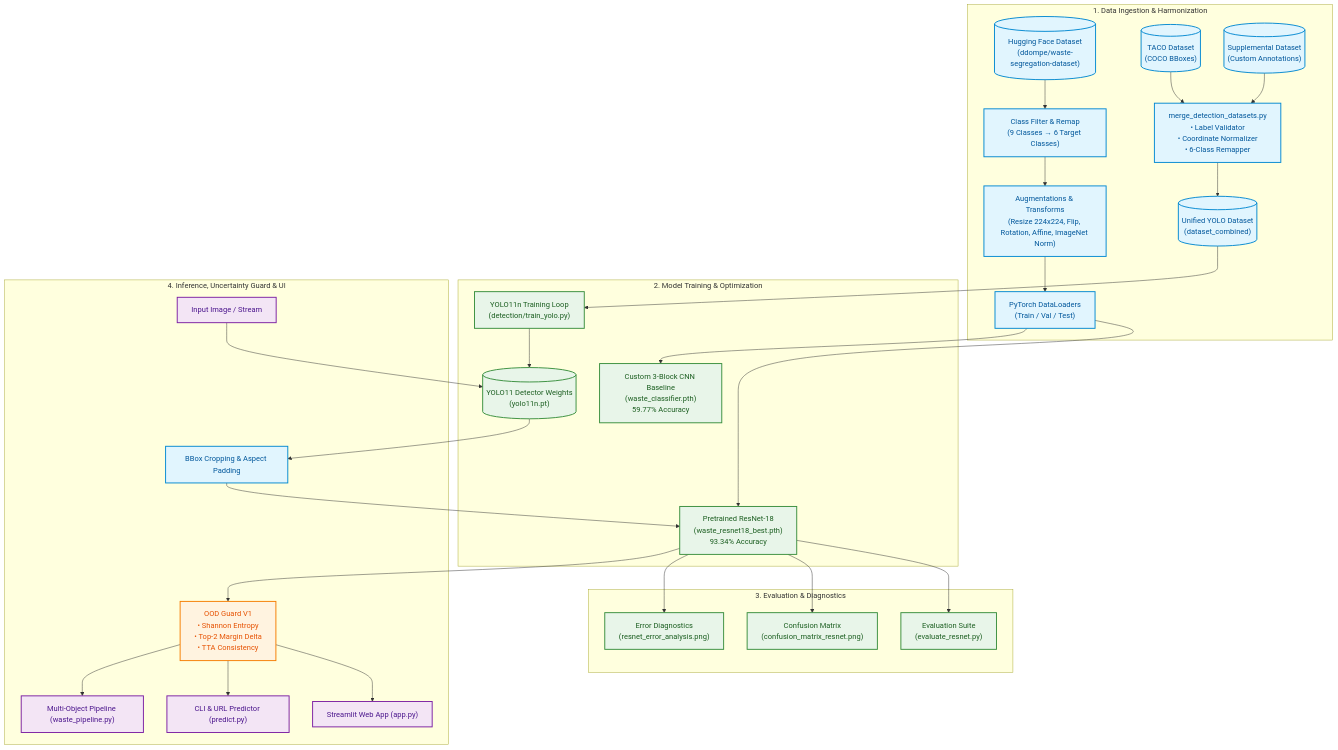
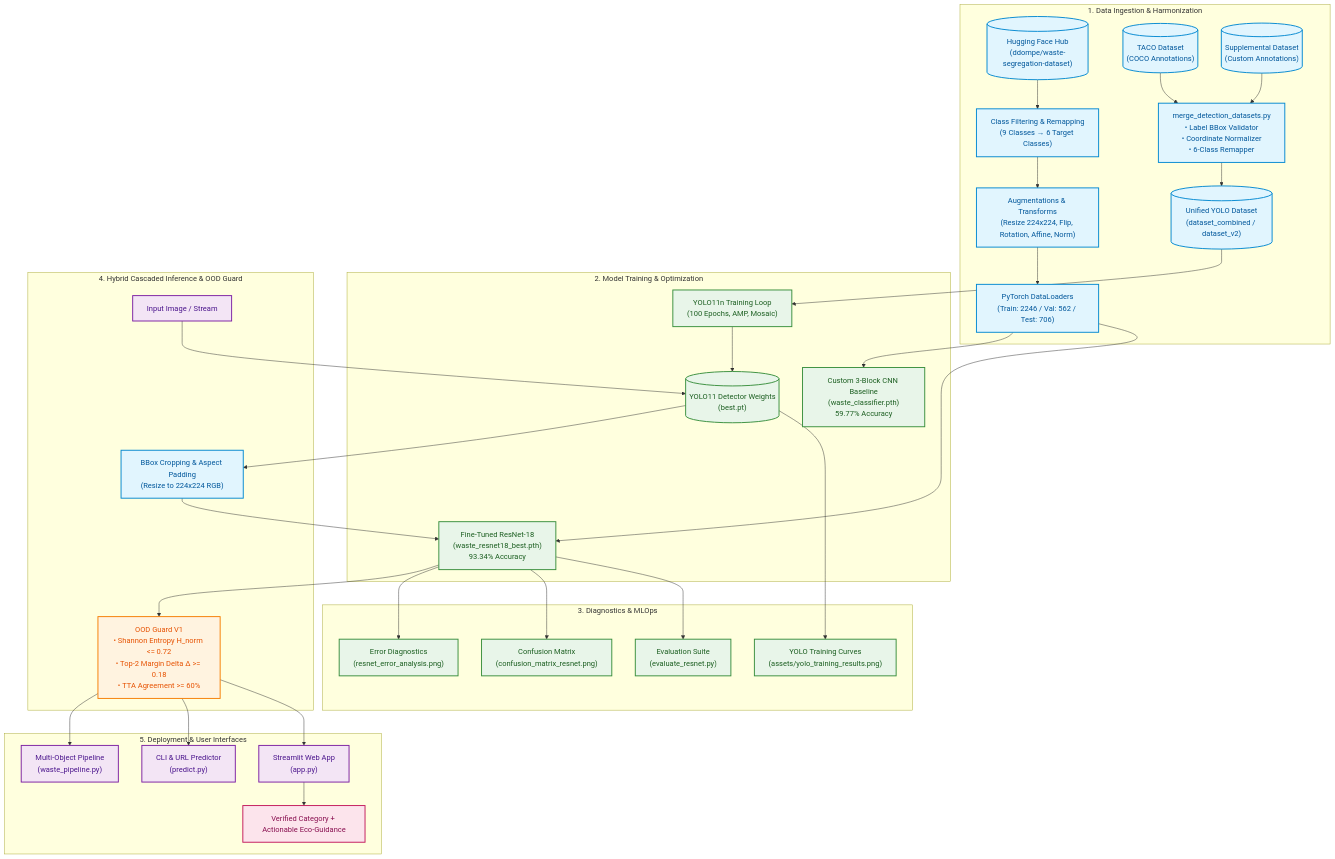
The first of 3 diagrams in README.md (Snigdha-0210/Smart_Waste_Classifier), drawn with Mermaid before and after one commit. The commit also changed other lines of this file and 22 other files, not shown here.

Commit message:
docs: overhaul README and ARCHITECTURE with Mermaid diagrams, visual asset showcase, and benchmark tables

````diff
--- a/README.md
+++ b/README.md
@@ -69,41 +93,47 @@
 ```mermaid
 flowchart TD
-    %% Global Styling
+    %% Styling definitions
     classDef data fill:#e1f5fe,stroke:#0288d1,stroke-width:2px,color:#01579b;
     classDef model fill:#e8f5e9,stroke:#388e3c,stroke-width:2px,color:#1b5e20;
     classDef guard fill:#fff3e0,stroke:#f57c00,stroke-width:2px,color:#e65100;
     classDef ui fill:#f3e5f5,stroke:#7b1fa2,stroke-width:2px,color:#4a148c;
+    classDef output fill:#fce4ec,stroke:#c2185b,stroke-width:2px,color:#880e4f;
 
     subgraph DataPipeline["1. Data Ingestion & Harmonization"]
-        HF[("Hugging Face Dataset\n(ddompe/waste-segregation-dataset)")]:::data --> Filter["Class Filter & Remap\n(9 Classes → 6 Target Classes)"]:::data
-        Filter --> Augment["Augmentations & Transforms\n(Resize 224x224, Flip, Rotation, Affine, ImageNet Norm)"]:::data
-        Augment --> Loaders["PyTorch DataLoaders\n(Train / Val / Test)"]:::data
+        HF[("Hugging Face Hub\n(ddompe/waste-segregation-dataset)")]:::data --> Filter["Class Filtering & Remapping\n(9 Classes → 6 Target Classes)"]:::data
+        Filter --> Augment["Augmentations & Transforms\n(Resize 224x224, Flip, Rotation, Affine, Norm)"]:::data
+        Augment --> Loaders["PyTorch DataLoaders\n(Train: 2246 / Val: 562 / Test: 706)"]:::data
         
-        TACO[("TACO Dataset\n(COCO BBoxes)")]:::data --> Merger["merge_detection_datasets.py\n• Label Validator\n• Coordinate Normalizer\n• 6-Class Remapper"]:::data
+        TACO[("TACO Dataset\n(COCO Annotations)")]:::data --> Merger["merge_detection_datasets.py\n• Label BBox Validator\n• Coordinate Normalizer\n• 6-Class Remapper"]:::data
         SUPP[("Supplemental Dataset\n(Custom Annotations)")]:::data --> Merger
-        Merger --> YOLOData[("Unified YOLO Dataset\n(dataset_combined)")]:::data
+        Merger --> YOLOData[("Unified YOLO Dataset\n(dataset_combined / dataset_v2)")]:::data
     end
 
     subgraph Modeling["2. Model Training & Optimization"]
-        Loaders --> ResNet["Pretrained ResNet-18\n(waste_resnet18_best.pth)\n93.34% Accuracy"]:::model
+        Loaders --> ResNet["Fine-Tuned ResNet-18\n(waste_resnet18_best.pth)\n93.34% Accuracy"]:::model
         Loaders --> BaseCNN["Custom 3-Block CNN Baseline\n(waste_classifier.pth)\n59.77% Accuracy"]:::model
-        YOLOData --> YOLOTrain["YOLO11n Training Loop\n(detection/train_yolo.py)"]:::model
-        YOLOTrain --> YOLOBest[("YOLO11 Detector Weights\n(yolo11n.pt)")]:::model
+        YOLOData --> YOLOTrain["YOLO11n Training Loop\n(100 Epochs, AMP, Mosaic)"]:::model
+        YOLOTrain --> YOLOBest[("YOLO11 Detector Weights\n(best.pt)")]:::model
     end
 
-    subgraph Evaluation["3. Evaluation & Diagnostics"]
+    subgraph Diagnostics["3. Diagnostics & MLOps"]
         ResNet --> EvalSuite["Evaluation Suite\n(evaluate_resnet.py)"]:::model
         ResNet --> Confusion["Confusion Matrix\n(confusion_matrix_resnet.png)"]:::model
         ResNet --> ErrorAnalysis["Error Diagnostics\n(resnet_error_analysis.png)"]:::model
+        YOLOBest --> YOLOMetrics["YOLO Training Curves\n(assets/yolo_training_results.png)"]:::model
     end
 
-    subgraph Deployment["4. Inference, Uncertainty Guard & UI"]
+    subgraph InferenceCascade["4. Hybrid Cascaded Inference & OOD Guard"]
         InputImg["Input Image / Stream"]:::ui --> YOLOBest
-        YOLOBest --> Crop["BBox Cropping & Aspect Padding"]:::data
-        Crop --> ResNet
-        ResNet --> OOD["OOD Guard V1\n• Shannon Entropy\n• Top-2 Margin Delta\n• TTA Consistency"]:::guard
-        OOD --> StreamlitApp["Streamlit Web App (app.py)"]:::ui
-        OOD --> CLIPredict["CLI & URL Predictor (predict.py)"]:::ui
-        OOD --> CascadePipe["Multi-Object Pipeline (waste_pipeline.py)"]:::ui
+        YOLOBest --> Cropper["BBox Cropping & Aspect Padding\n(Resize to 224x224 RGB)"]:::data
+        Cropper --> ResNet
+        ResNet --> OOD["OOD Guard V1\n• Shannon Entropy H_norm <= 0.72\n• Top-2 Margin Delta Δ >= 0.18\n• TTA Agreement >= 60%"]:::guard
+    end
+
+    subgraph Presentation["5. Deployment & User Interfaces"]
+        OOD --> StreamlitApp["Streamlit Web App\n(app.py)"]:::ui
+        OOD --> CLIPredict["CLI & URL Predictor\n(predict.py)"]:::ui
+        OOD --> CascadePipe["Multi-Object Pipeline\n(waste_pipeline.py)"]:::ui
+        StreamlitApp --> EcoOutput["Verified Category + Actionable Eco-Guidance"]:::output
     end
 ```
````
